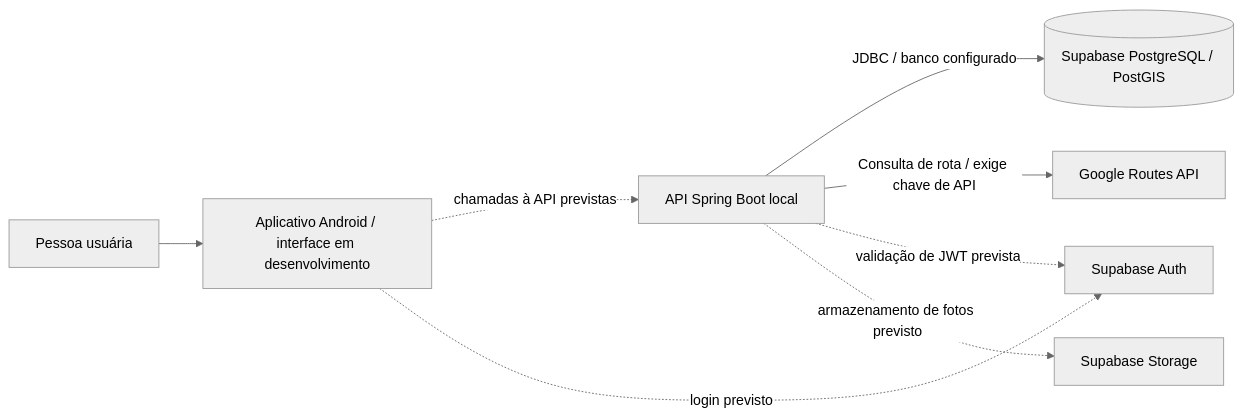
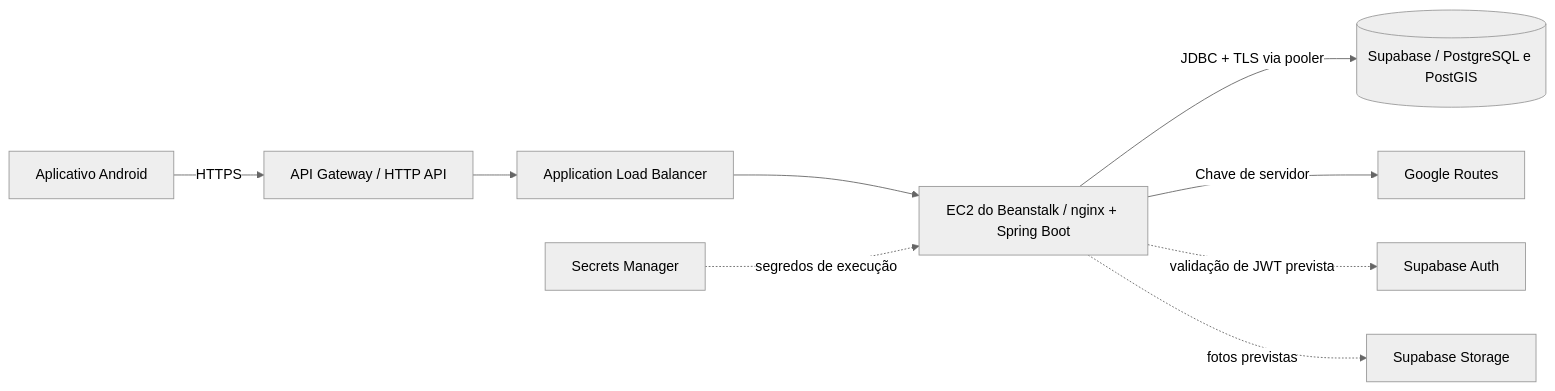
The first of 2 diagrams in docs/08-implantacao-aws.md (boregs/mao-na-roda), drawn with Mermaid (neutral theme) before and after one commit. The commit also changed other lines of this file, not shown here.

````diff
--- a/docs/08-implantacao-aws.md
+++ b/docs/08-implantacao-aws.md
@@ -16,10 +13,11 @@
 ```mermaid
 flowchart LR
-    User[Pessoa usuária] --> Android[Aplicativo Android / interface em desenvolvimento]
-    Android -. chamadas à API previstas .-> API[API Spring Boot local]
-    Android -. login previsto .-> Auth[Supabase Auth]
-    API -->|JDBC / banco configurado| DB[(Supabase PostgreSQL / PostGIS)]
-    API -->|Consulta de rota / exige chave de API| Google[Google Routes API]
-    API -. validação de JWT prevista .-> Auth
-    API -. armazenamento de fotos previsto .-> Storage[Supabase Storage]
+    App[Aplicativo Android] -->|HTTPS| GW[API Gateway / HTTP API]
+    GW --> ALB[Application Load Balancer]
+    ALB --> EC2[EC2 do Beanstalk / nginx + Spring Boot]
+    EC2 -->|JDBC + TLS via pooler| DB[(Supabase / PostgreSQL e PostGIS)]
+    EC2 -->|Chave de servidor| Routes[Google Routes]
+    EC2 -. validação de JWT prevista .-> Auth[Supabase Auth]
+    EC2 -. fotos previstas .-> Storage[Supabase Storage]
+    SM[Secrets Manager] -. segredos de execução .-> EC2
 ```
````
